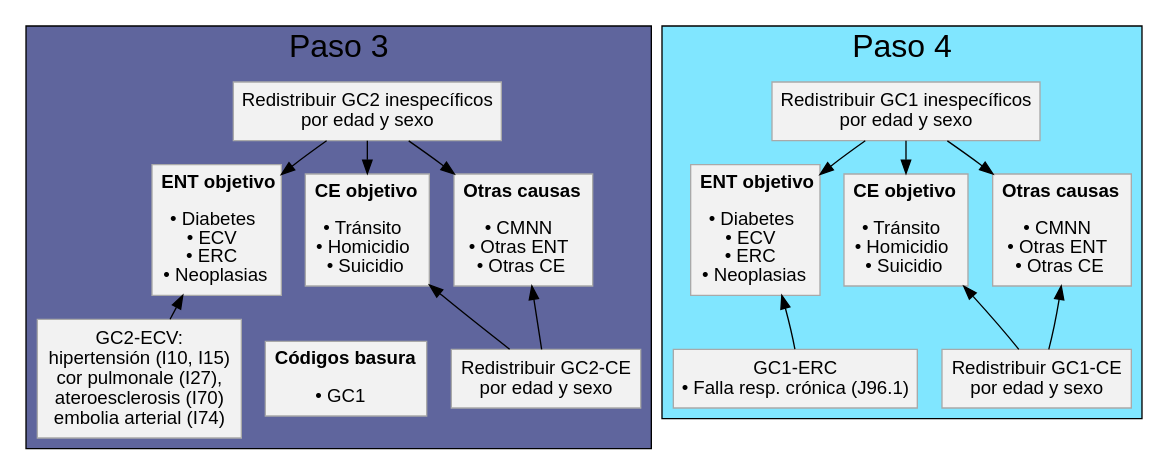
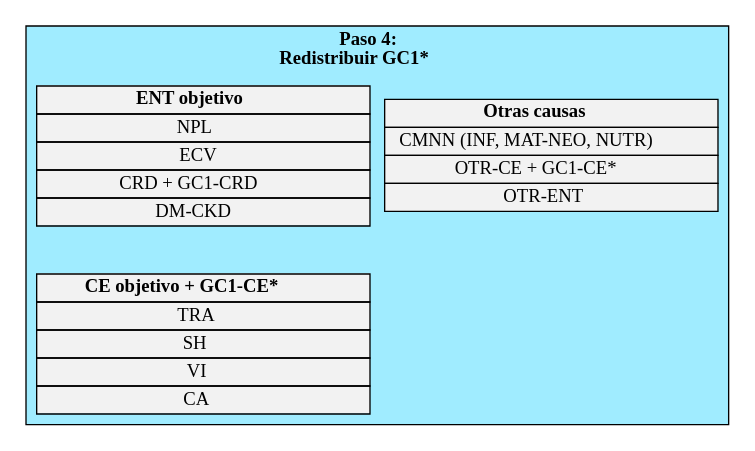
Before and after one commit to datos-ine/power_recod_GC: the fourth of 4 diagrams in index.qmd, drawn with Graphviz. The commit also changed other lines of this file and 32 other files, not shown here.

````diff
--- a/index.qmd
+++ b/index.qmd
@@ -463,74 +737,86 @@
 ```{dot}
-//| id: Pasos 3 y 4
-digraph {
-    graph [
-        rankdir=TR
-        bgcolor = white,
-        fontsize=24,        
-        fontname="Arial",
-        labelloc="t"
-    ]
+//| id: Paso 4
+digraph G {
+    rankdir=LR
+   graph[
+    fontsize = 14
+    fontname="Times-Roman"
+    style = filled
+    nodesep=.5
+    ranksep=.15
+    compound=true
+   ]
   
-    node [
-        shape = box,
-        style = filled
-        color = darkgrey,
-        fillcolor="grey95",
-        fontname="Arial",
-        margin = 0.1
-    ]
-
-     // Paso 3
-    subgraph cluster3 {
-        bgcolor = "#4D5492E5"
-        ranksep=.5
-        label="Paso 3"
-
-        a3[label=<<b>ENT objetivo</b><br/><br/> • Diabetes <br/> • ECV <br/> • ERC <br/> • Neoplasias>]
-
-        b3[label=<<b>CE objetivo</b> <br/><br/> • Tránsito <br/> • Homicidio <br/> • Suicidio>]
-      
-        c3[label=<<b>Otras causas</b> <br/><br/> • CMNN <br/> • Otras ENT <br/> • Otras CE>]
-
-        d3[label=<<b>Códigos basura</b> <br/><br/> • GC1 <br/>>]
-        h[label="Redistribuir GC2 inespecíficos \n por edad y sexo"]
-        i[label="GC2-ECV: \n hipertensión (I10, I15) \n cor pulmonale (I27), \n ateroesclerosis (I70) \n embolia arterial (I74)"]
-        j[label="Redistribuir GC2-CE \n por edad y sexo"]
-        
-        ## Ordenar nodos ##
-        { rank=same; a3 b3 c3 }; 
-        { rank=same; d3 i j};
-       
-        h -> {a3; b3; c3}
-        {a3; b3; c3} -> d3[style = invis]
-        i -> a3
-        j -> {b3; c3}
-    }
-
-    // Paso 4
-    subgraph cluster4{
-      bgcolor = "#80E6FF"
-      label="Paso 4"
-
-      a4[label=<<b>ENT objetivo</b><br/><br/> • Diabetes <br/> • ECV <br/> • ERC <br/> • Neoplasias>]
-
-      b4[label=<<b>CE objetivo</b> <br/><br/> • Tránsito <br/> • Homicidio <br/> • Suicidio>]
-      
-      c4[label=<<b>Otras causas</b> <br/><br/> • CMNN <br/> • Otras ENT <br/> • Otras CE>]
-
-      k[label="Redistribuir GC1 inespecíficos \n por edad y sexo"]
-      
-      l[label="GC1-ERC \n • Falla resp. crónica (J96.1)"]
-
-      m[label="Redistribuir GC1-CE \n por edad y sexo"]
-      
-      ## Ordenar nodos ##
-      { rank=same; a4 b4 c4 }; 
-      { rank=same; l m };
-      k-> {a4; b4; c4}
-      {a4; b4; c4} -> {l; m}[style = invis]
-      l -> a4
-      m -> {b4; c4}
-    }
-}
+   node[
+    shape = plain
+    style = filled
+    fillcolor="grey95"
+    fontsize = 14
+    fontname="Times-Roman"
+    width=3.25
+   ]
+   subgraph cluster_paso4{    
+    fillcolor= "#80E6FFBF"
+    label = <<b>Paso 4:<br/> Redistribuir GC1*</b>>
+    
+  ent4[label = <
+    <table border="0" cellborder = "1" cellspacing  ="0">
+    <tr>
+    <td width="250"><b>ENT objetivo</b></td>
+    </tr>
+    <tr>
+    <td> NPL </td>
+    </tr>
+    <tr>
+    <td> ECV</td>
+    </tr>
+    <tr>
+    <td> CRD + GC1-CRD</td>
+    </tr>
+    <tr>
+    <td> DM-CKD </td>
+    </tr>
+    </table>
+    >]
+  
+    ce4[label = <
+    <table border="0" cellborder = "1" cellspacing  ="0">
+    <tr>
+    <td width="250"><b>CE objetivo + GC1-CE*</b></td>
+    </tr>
+    <tr>
+    <td> TRA </td>
+    </tr>
+    <tr>
+    <td> SH </td>
+    </tr>
+    <tr>
+    <td> VI </td>
+    </tr>
+    <tr>
+    <td> CA </td>
+    </tr>
+    </table>
+    >]
+  
+    otras4[label = <
+    <table border="0" cellborder = "1" cellspacing  ="0">
+    <tr>
+    <td width="250"><b>Otras causas</b></td>
+    </tr>
+    <tr>
+    <td port = "cmnn"> CMNN (INF, MAT-NEO, NUTR) </td>
+    </tr>
+    <tr>
+    <td> OTR-CE + GC1-CE*</td>
+    </tr>
+    <tr>
+    <td> OTR-ENT</td>
+    </tr>
+    </table>
+    >]
+  
+   }
+   
+   ent4 -> otras4 [style="invis"]}
 ```
````
